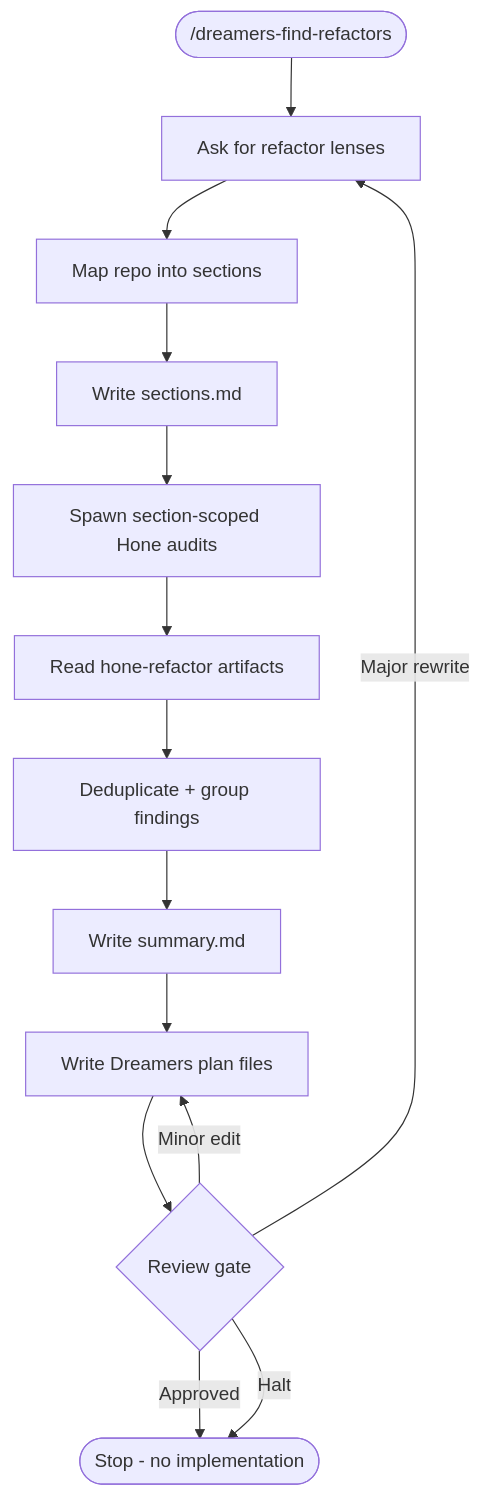
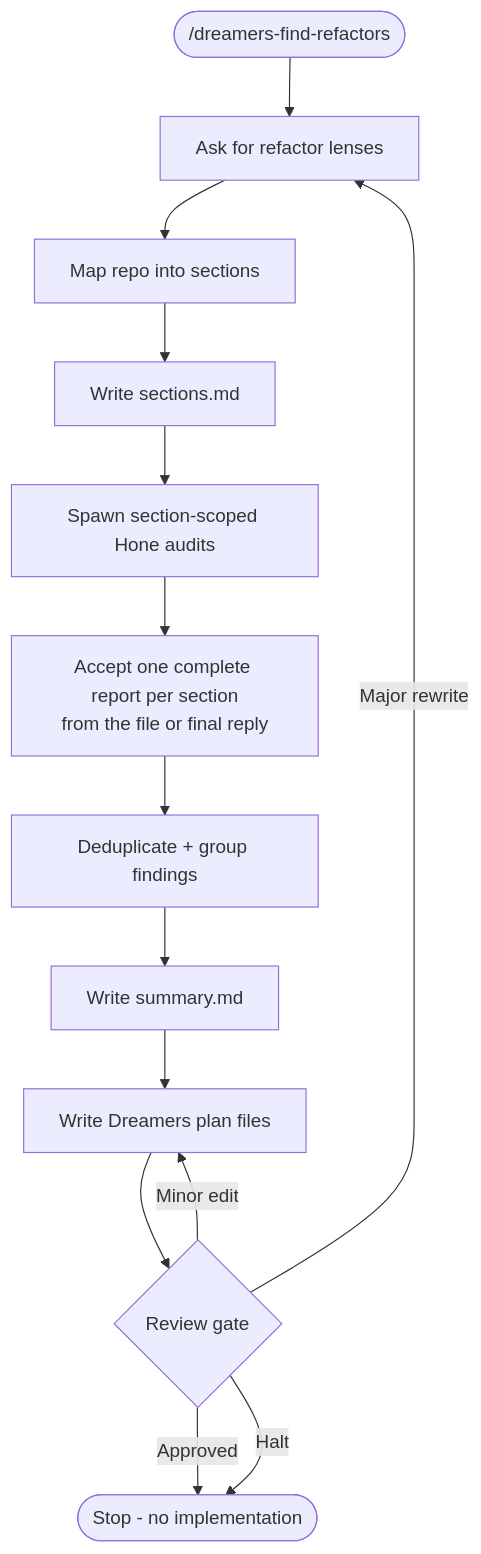
One commit to mrStorrs/dreamers-copilot changed the diagram in .github/skills/dreamers-find-refactors/readme.md. Above: the diagram before and after it, drawn with Mermaid. The commit also changed other lines of this file and 35 other files, not shown here.

Commit message:
fix: accept complete Dreamers reviewer handoffs from either channel

````diff
--- a/.github/skills/dreamers-find-refactors/readme.md
+++ b/.github/skills/dreamers-find-refactors/readme.md
@@ -5,16 +5,16 @@
 ```mermaid
 flowchart TD
     Start(["/dreamers-find-refactors"]) --> Lens["Ask for refactor lenses"]
     Lens --> Section["Map repo into sections"]
     Section --> Manifest["Write sections.md"]
     Manifest --> Hone["Spawn section-scoped Hone audits"]
-    Hone --> Artifacts["Read hone-refactor artifacts"]
-    Artifacts --> Synthesis["Deduplicate + group findings"]
+    Hone --> Reports["Accept one complete report per section<br/>from the file or final reply"]
+    Reports --> Synthesis["Deduplicate + group findings"]
     Synthesis --> Summary["Write summary.md"]
     Summary --> Plans["Write Dreamers plan files"]
     Plans --> Gate{"Review gate"}
     Gate -->|Minor edit| Plans
     Gate -->|Major rewrite| Lens
     Gate -->|Approved| Stop(["Stop - no implementation"])
     Gate -->|Halt| Stop
 ```
````
